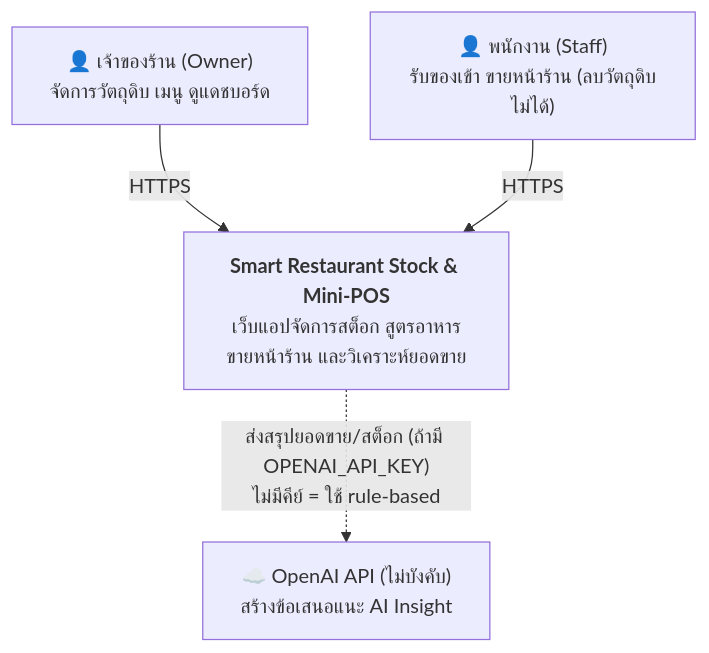
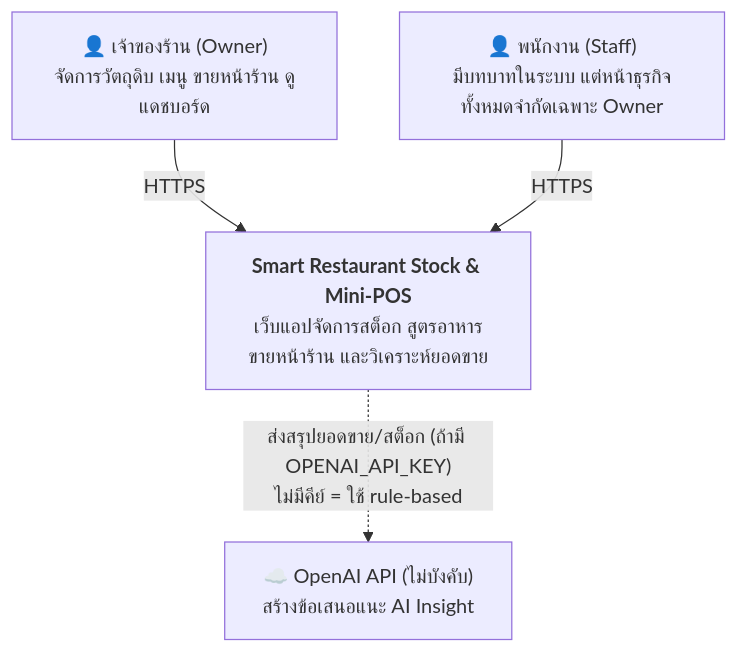
Before and after one commit to theepop66/CN331-Restaurant-management: the first of 5 diagrams in docs/architecture/c4.md, drawn with Mermaid. The commit also changed other lines of this file and 1 other file, not shown here.

Commit message:
docs: add C4 level 4, correct Staff role wording, update README doc table

````diff
--- a/docs/architecture/c4.md
+++ b/docs/architecture/c4.md
@@ -8,13 +8,13 @@
 ```mermaid
 flowchart TB
-    owner["👤 เจ้าของร้าน (Owner)<br/>จัดการวัตถุดิบ เมนู ดูแดชบอร์ด"]
-    staff["👤 พนักงาน (Staff)<br/>รับของเข้า ขายหน้าร้าน (ลบวัตถุดิบไม่ได้)"]
+    owner["👤 เจ้าของร้าน (Owner)<br/>จัดการวัตถุดิบ เมนู ขายหน้าร้าน ดูแดชบอร์ด"]
+    staff["👤 พนักงาน (Staff)<br/>มีบทบาทในระบบ แต่หน้าธุรกิจทั้งหมดจำกัดเฉพาะ Owner"]
 
     system["<b>Smart Restaurant Stock &amp; Mini-POS</b><br/>เว็บแอปจัดการสต็อก สูตรอาหาร<br/>ขายหน้าร้าน และวิเคราะห์ยอดขาย"]
 
     openai["☁️ OpenAI API (ไม่บังคับ)<br/>สร้างข้อเสนอแนะ AI Insight"]
 
     owner -- "HTTPS" --> system
     staff -- "HTTPS" --> system
     system -. "ส่งสรุปยอดขาย/สต็อก (ถ้ามี OPENAI_API_KEY)<br/>ไม่มีคีย์ = ใช้ rule-based" .-> openai
 ```
````
